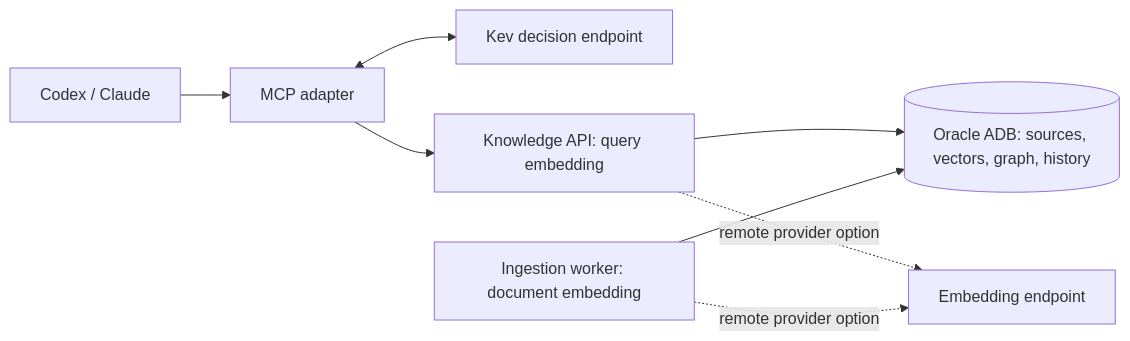
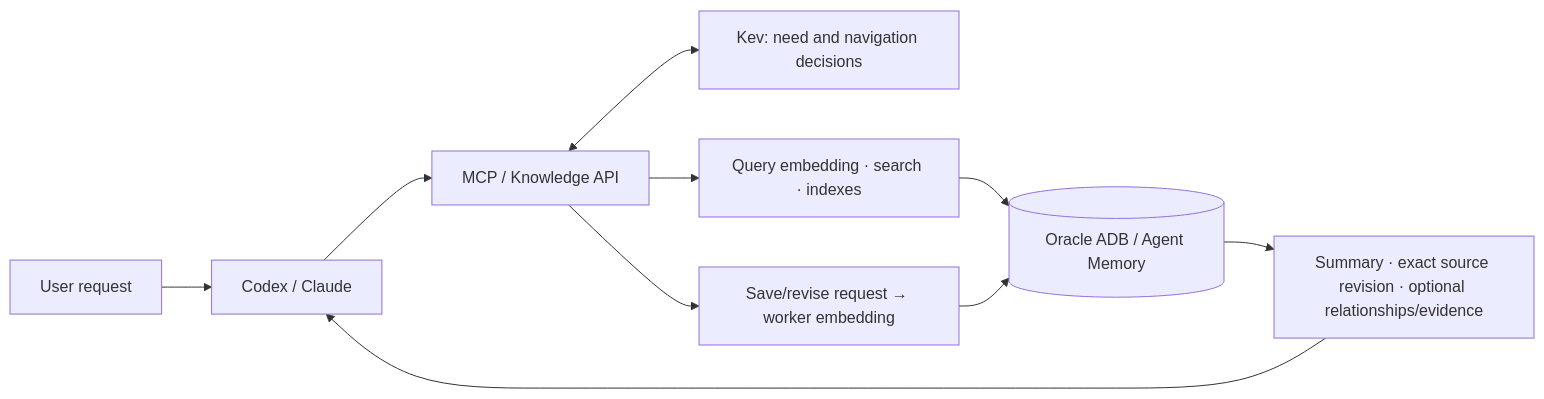
Before and after one commit to devmrko/adb-agent-knowledge: the diagram in README.en.md, drawn with Mermaid. The commit also changed other lines of this file and 12 other files, not shown here.

````diff
--- a/README.en.md
+++ b/README.en.md
@@ -52,10 +62,12 @@
 ```mermaid
 flowchart LR
-    Agent[Codex / Claude] --> MCP[MCP adapter]
-    MCP <--> Kev[Kev decision endpoint]
-    MCP --> API[Knowledge API: query embedding]
-    API --> DB[(Oracle ADB: sources, vectors, graph, history)]
-    Worker[Ingestion worker: document embedding] --> DB
-    API -. remote provider option .-> Model[Embedding endpoint]
-    Worker -. remote provider option .-> Model
+    User["User request"] --> Agent["Codex / Claude"]
+    Agent --> MCP["MCP / Knowledge API"]
+    MCP <--> Kev["Kev: need and navigation decisions"]
+    MCP --> Search["Query embedding · search · indexes"]
+    Search --> DB[("Oracle ADB / Agent Memory")]
+    MCP --> Save["Save/revise request → worker embedding"]
+    Save --> DB
+    DB --> Evidence["Summary · exact source revision · optional relationships/evidence"]
+    Evidence --> Agent
 ```
````
